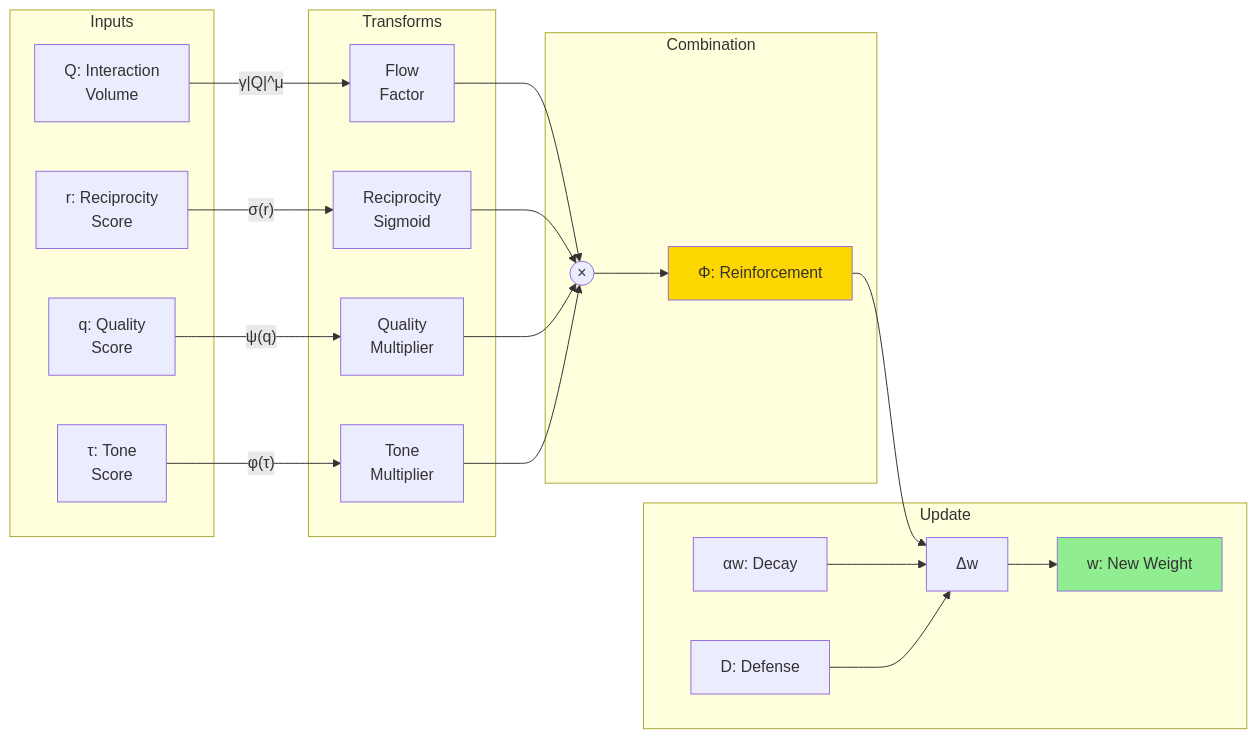
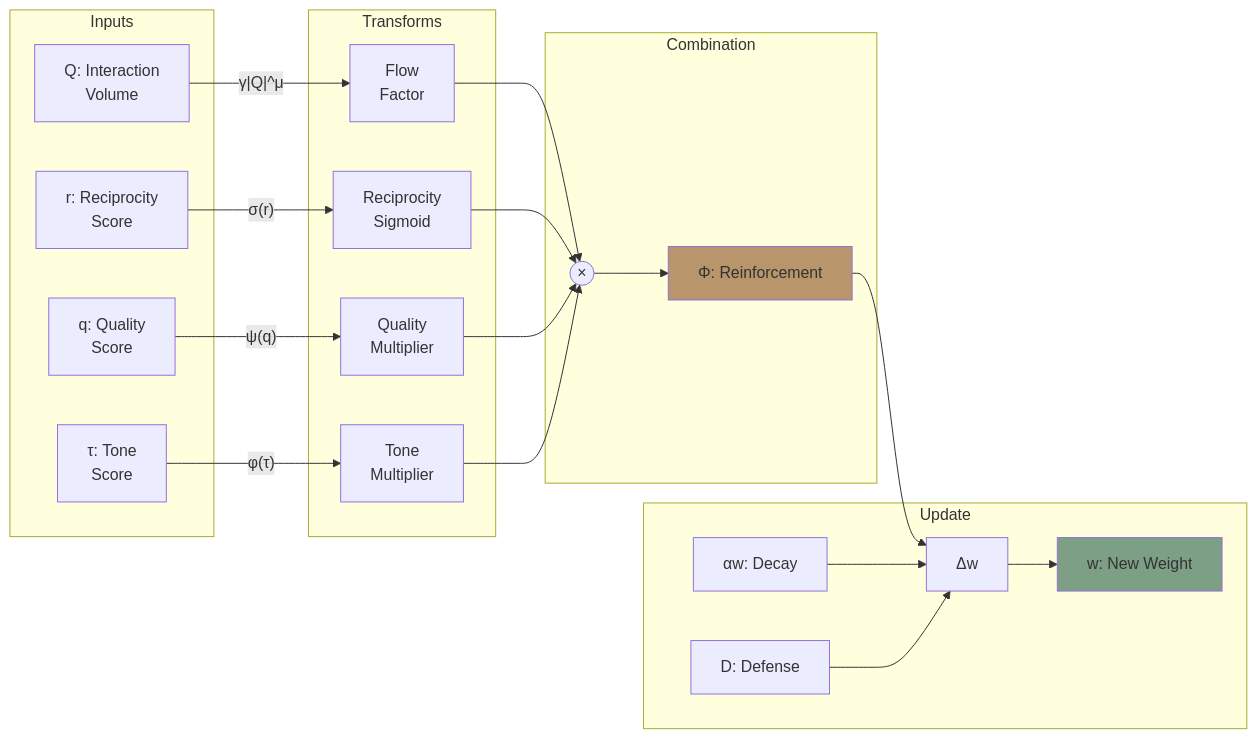
Before and after one commit to ScopeCreep-zip/Symbiont: the second of 4 diagrams in docs/index.md, drawn with Mermaid. The commit also changed other lines of this file and 17 other files, not shown here.

Commit message:
update to diagram colors

````diff
--- a/docs/index.md
+++ b/docs/index.md
@@ -160,34 +160,34 @@
 ```mermaid
 graph LR
     subgraph "Inputs"
         Q[Q: Interaction<br/>Volume]
         R[r: Reciprocity<br/>Score]
         QS[q: Quality<br/>Score]
         T[τ: Tone<br/>Score]
     end
 
     subgraph "Transforms"
         Q --> |"γ|Q|^μ"| FLOW[Flow<br/>Factor]
         R --> |"σ(r)"| SIG[Reciprocity<br/>Sigmoid]
         QS --> |"ψ(q)"| QMULT[Quality<br/>Multiplier]
         T --> |"φ(τ)"| TMULT[Tone<br/>Multiplier]
     end
 
     subgraph "Combination"
         FLOW --> MULT((×))
         SIG --> MULT
         QMULT --> MULT
         TMULT --> MULT
         MULT --> PHI[Φ: Reinforcement]
     end
 
     subgraph "Update"
         PHI --> DELTA[Δw]
         DECAY[αw: Decay] --> DELTA
         DEF[D: Defense] --> DELTA
         DELTA --> W[w: New Weight]
     end
 
-    style PHI fill:#FFD700
-    style W fill:#90EE90
+    style PHI fill:#b8956b
+    style W fill:#7d9f85
 ```
````
